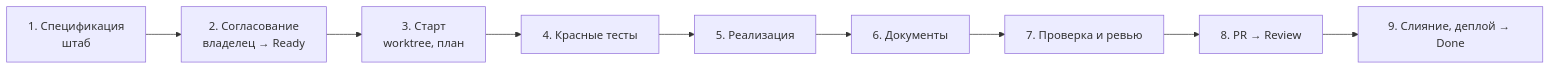
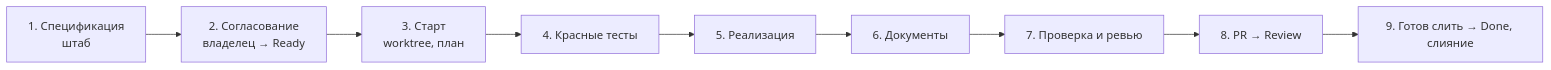
The diagram in docs/process.md (Nekomant/Studhub), drawn with Mermaid before and after one commit. The commit also changed other lines of this file and 7 other files, not shown here.

````diff
--- a/docs/process.md
+++ b/docs/process.md
@@ -137,11 +139,11 @@
 ```mermaid
 flowchart LR
   spec["1. Спецификация<br/>штаб"] --> ready["2. Согласование<br/>владелец → Ready"]
   ready --> start["3. Старт<br/>worktree, план"]
   start --> red["4. Красные тесты"]
   red --> green["5. Реализация"]
   green --> docs["6. Документы"]
   docs --> check["7. Проверка и ревью"]
   check --> pr["8. PR → Review"]
-  pr --> merge["9. Слияние, деплой → Done"]
+  pr --> merge["9. Готов слить → Done, слияние"]
 ```
````
